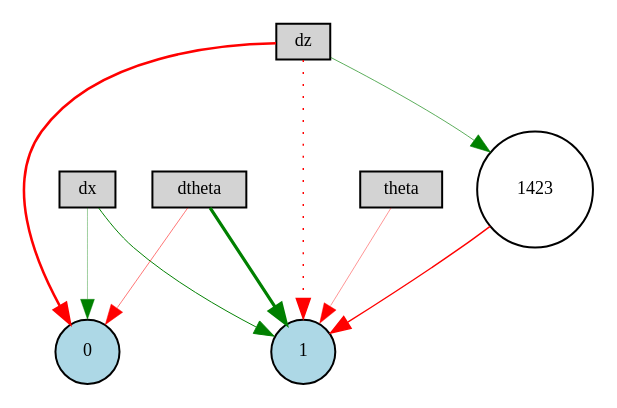
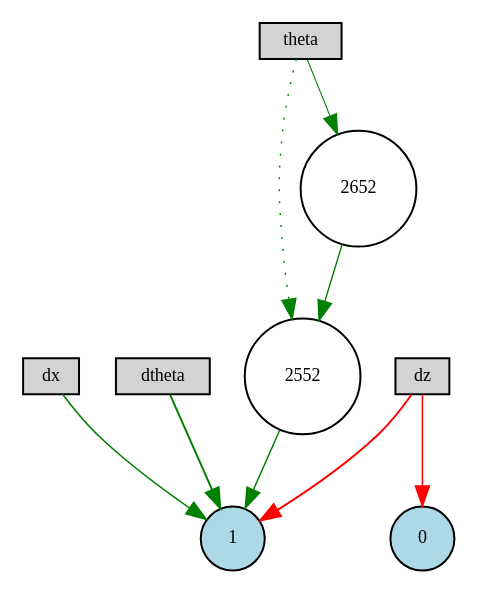
One commit to benjaminkeltjens/BioInspiredDrone changed the diagram in first_stabiliser/Digraph.gv. Above: the diagram before and after it, drawn with Graphviz. The commit also changed 890 other files, not shown here.

```diff
--- a/first_stabiliser/Digraph.gv
+++ b/first_stabiliser/Digraph.gv
@@ -1,19 +1,19 @@
 digraph {
 	node [fontsize=9 height=0.2 shape=circle width=0.2]
 	dx [fillcolor=lightgray shape=box style=filled]
 	dz [fillcolor=lightgray shape=box style=filled]
 	theta [fillcolor=lightgray shape=box style=filled]
 	dtheta [fillcolor=lightgray shape=box style=filled]
 	0 [fillcolor=lightblue style=filled]
 	1 [fillcolor=lightblue style=filled]
-	1423 [fillcolor=white style=filled]
-	dtheta -> 0 [color=red penwidth=0.2733297738791056 style=solid]
-	dz -> 0 [color=red penwidth=1.270352238517231 style=solid]
-	dz -> 1 [color=red penwidth=0.722686897405116 style=dotted]
-	dx -> 1 [color=green penwidth=0.48868862668353263 style=solid]
-	dtheta -> 1 [color=green penwidth=1.5953482466181033 style=solid]
-	dx -> 0 [color=green penwidth=0.18641095528475338 style=solid]
-	theta -> 1 [color=red penwidth=0.20683507406167018 style=solid]
-	dz -> 1423 [color=green penwidth=0.32402294145880234 style=solid]
-	1423 -> 1 [color=red penwidth=0.7030765226650112 style=solid]
+	2552 [fillcolor=white style=filled]
+	2652 [fillcolor=white style=filled]
+	dz -> 0 [color=red penwidth=0.7648319639730117 style=solid]
+	dz -> 1 [color=red penwidth=0.9656528019229202 style=solid]
+	dtheta -> 1 [color=green penwidth=0.9883686594907114 style=solid]
+	dx -> 1 [color=green penwidth=0.7817619877884139 style=solid]
+	theta -> 2552 [color=green penwidth=0.7126998341776075 style=dotted]
+	2552 -> 1 [color=green penwidth=0.6953877192243381 style=solid]
+	theta -> 2652 [color=green penwidth=0.5140806639187988 style=solid]
+	2652 -> 2552 [color=green penwidth=0.677425669925246 style=solid]
 }
```
